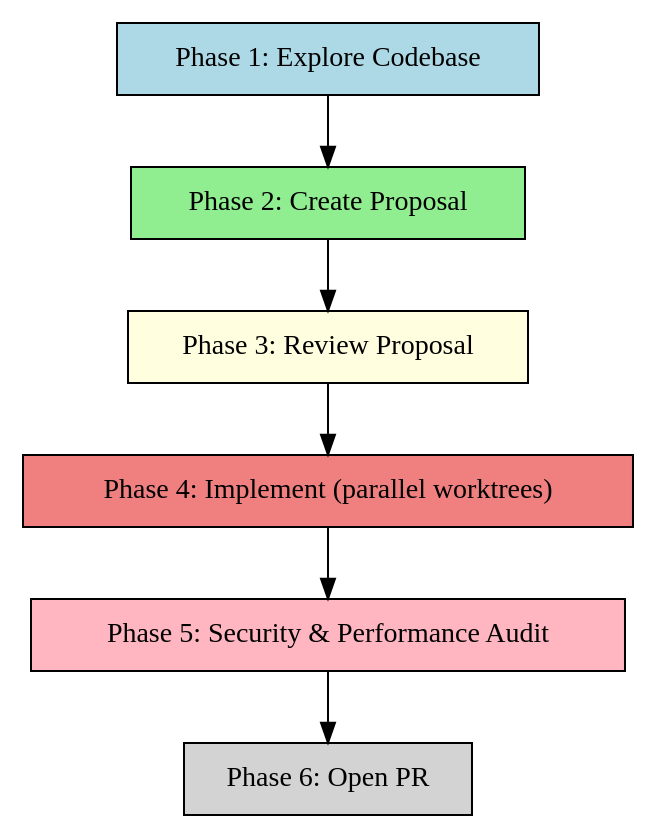
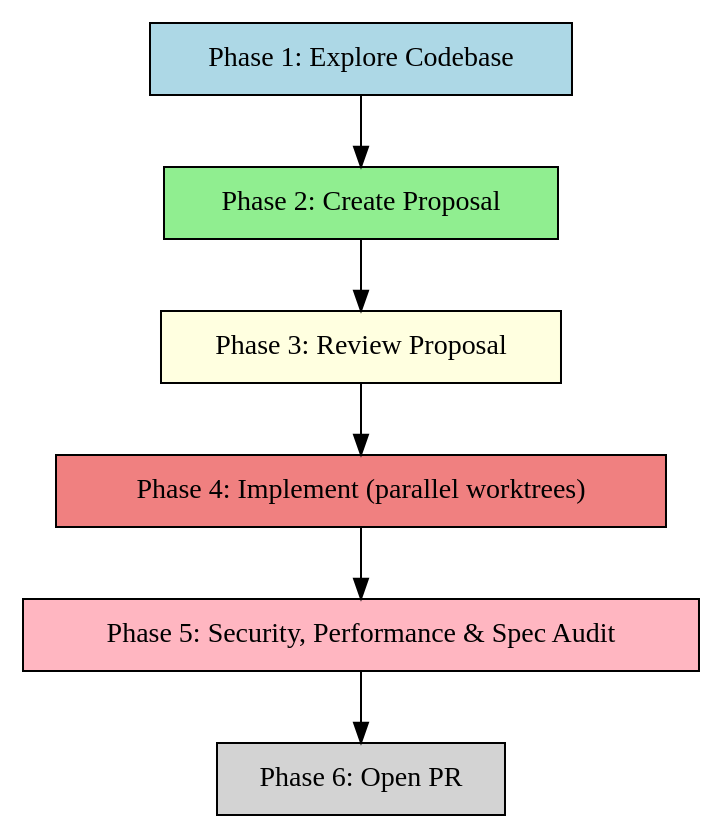
Before and after one commit to cookeyholder/using-ai-skills: the diagram in feature-dev/SKILL.md, drawn with Graphviz. The commit also changed other lines of this file, not shown here.

Commit message:
feat: add spec-compliance code review subagent to Phase 5 (#8)

````diff
--- a/feature-dev/SKILL.md
+++ b/feature-dev/SKILL.md
@@ -34,18 +34,18 @@
 ```dot
 digraph pipeline {
     rankdir=TB;
 
     "Phase 1: Explore Codebase" [shape=box style=filled fillcolor=lightblue];
     "Phase 2: Create Proposal" [shape=box style=filled fillcolor=lightgreen];
     "Phase 3: Review Proposal" [shape=box style=filled fillcolor=lightyellow];
     "Phase 4: Implement (parallel worktrees)" [shape=box style=filled fillcolor=lightcoral];
-    "Phase 5: Security & Performance Audit" [shape=box style=filled fillcolor=lightpink];
+    "Phase 5: Security, Performance & Spec Audit" [shape=box style=filled fillcolor=lightpink];
     "Phase 6: Open PR" [shape=box style=filled fillcolor=lightgray];
 
     "Phase 1: Explore Codebase" -> "Phase 2: Create Proposal";
     "Phase 2: Create Proposal" -> "Phase 3: Review Proposal";
     "Phase 3: Review Proposal" -> "Phase 4: Implement (parallel worktrees)";
-    "Phase 4: Implement (parallel worktrees)" -> "Phase 5: Security & Performance Audit";
-    "Phase 5: Security & Performance Audit" -> "Phase 6: Open PR";
+    "Phase 4: Implement (parallel worktrees)" -> "Phase 5: Security, Performance & Spec Audit";
+    "Phase 5: Security, Performance & Spec Audit" -> "Phase 6: Open PR";
 }
 ```
````
